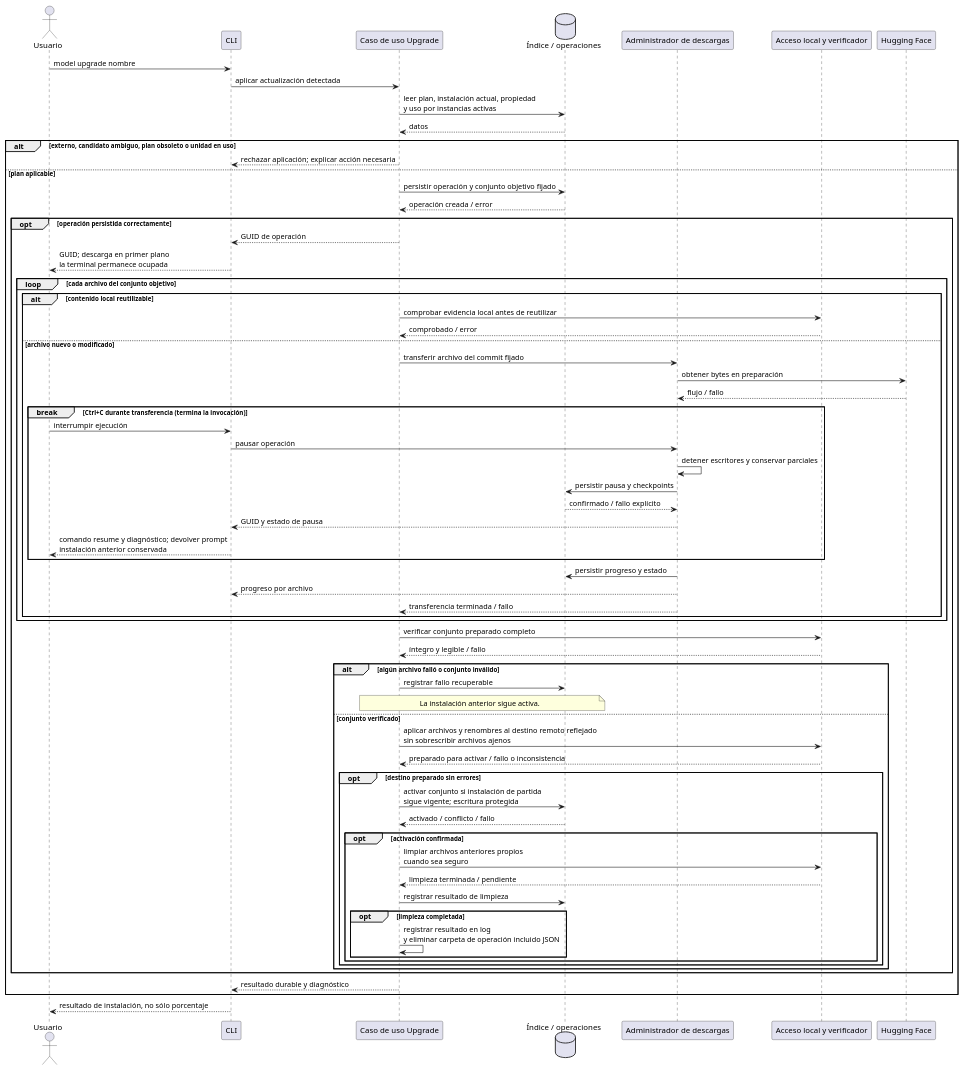
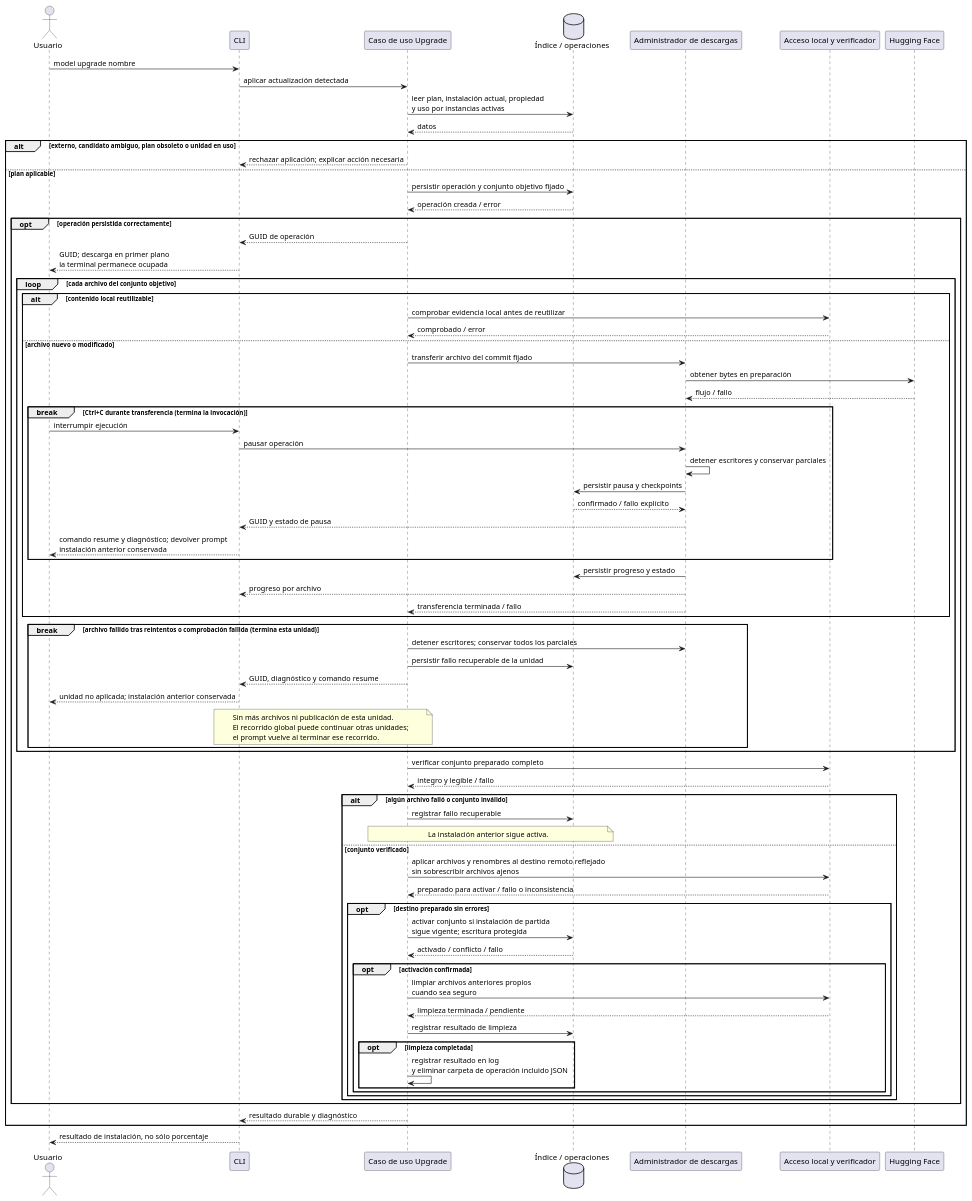
The fourth of 9 diagrams in docs/secuencias.md (mstranich/coquena), drawn with PlantUML before and after one commit. The commit also changed other lines of this file and 10 other files, not shown here.

```diff
--- a/docs/secuencias.md
+++ b/docs/secuencias.md
@@ -318,6 +324,17 @@
         D --> CLI : progreso por archivo
         D --> UG : transferencia terminada / fallo
       end
+      break archivo fallido tras reintentos o comprobación fallida (termina esta unidad)
+        UG -> D : detener escritores; conservar todos los parciales
+        UG -> I : persistir fallo recuperable de la unidad
+        UG --> CLI : GUID, diagnóstico y comando resume
+        CLI --> U : unidad no aplicada; instalación anterior conservada
+        note over CLI,UG
+          Sin más archivos ni publicación de esta unidad.
+          El recorrido global puede continuar otras unidades;
+          el prompt vuelve al terminar ese recorrido.
+        end note
+      end
     end
     UG -> F : verificar conjunto preparado completo
     F --> UG : íntegro y legible / fallo
```
